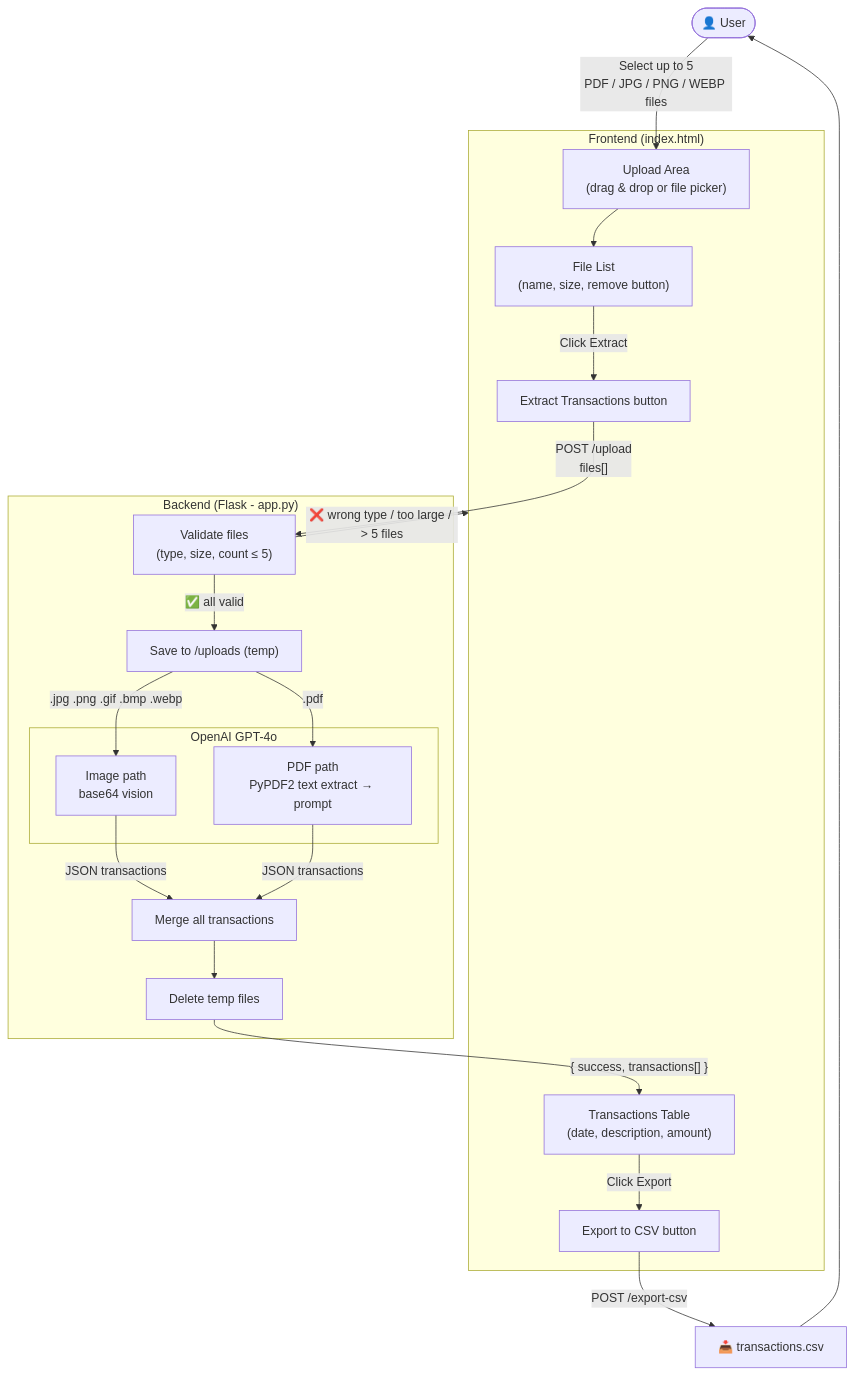
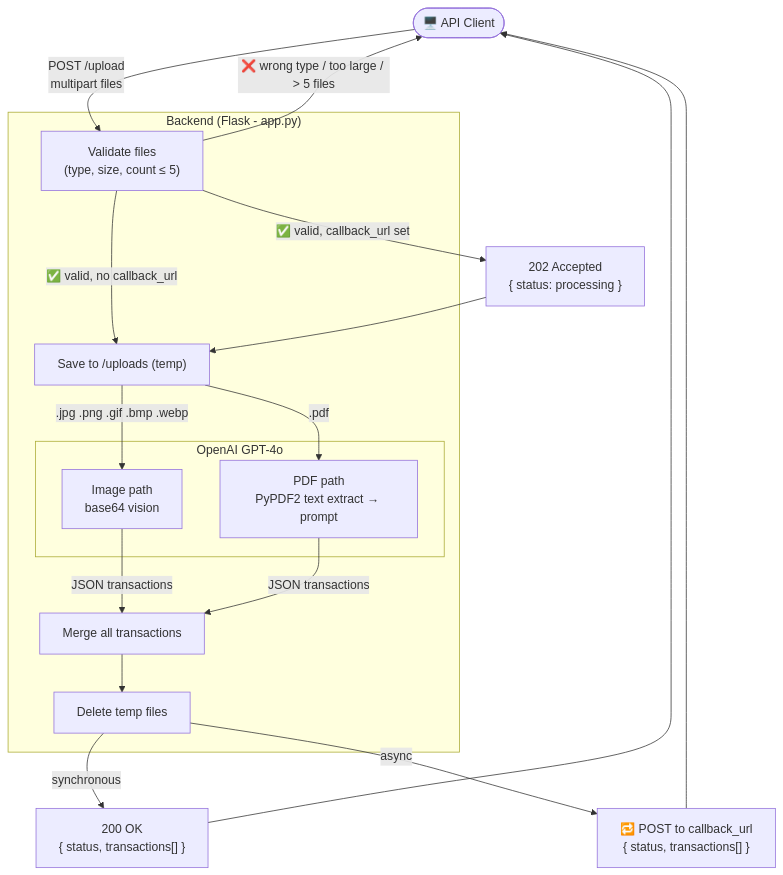
One commit to brownchai/spensy changed the diagram in README.md. Above: the diagram before and after it, drawn with Mermaid. The commit also changed other lines of this file and 4 other files, not shown here.

First line of the commit message:
Replace frontend with pure REST API and add async callback support

````diff
--- a/README.md
+++ b/README.md
@@ -9,48 +9,41 @@
 ```mermaid
 flowchart TD
-    User(["👤 User"])
-
-    subgraph Frontend ["Frontend (index.html)"]
-        Upload["Upload Area\n(drag & drop or file picker)"]
-        FileList["File List\n(name, size, remove button)"]
-        ProcessBtn["Extract Transactions button"]
-        ResultsTable["Transactions Table\n(date, description, amount)"]
-        ExportBtn["Export to CSV button"]
-    end
+    Client(["🖥️ API Client"])
 
     subgraph Backend ["Backend (Flask - app.py)"]
         Validate["Validate files\n(type, size, count ≤ 5)"]
         SaveTemp["Save to /uploads (temp)"]
 
         subgraph GPT4o ["OpenAI GPT-4o"]
             ImageRoute["Image path\nbase64 vision"]
             PDFRoute["PDF path\nPyPDF2 text extract → prompt"]
         end
 
         MergeTx["Merge all transactions"]
         Cleanup["Delete temp files"]
     end
 
-    CSV["📥 transactions.csv"]
+    Sync["200 OK\n{ status, transactions[] }"]
+    Ack["202 Accepted\n{ status: processing }"]
+    Webhook["🔁 POST to callback_url\n{ status, transactions[] }"]
 
-    User -->|"Select up to 5\nPDF / JPG / PNG / WEBP files"| Upload
-    Upload --> FileList
-    FileList -->|"Click Extract"| ProcessBtn
-    ProcessBtn -->|"POST /upload\nfiles[]"| Validate
+    Client -->|"POST /upload\nmultipart files"| Validate
 
-    Validate -->|"❌ wrong type / too large / > 5 files"| Frontend
-    Validate -->|"✅ all valid"| SaveTemp
+    Validate -->|"❌ wrong type / too large / > 5 files"| Client
+    Validate -->|"✅ valid, no callback_url"| SaveTemp
+    Validate -->|"✅ valid, callback_url set"| Ack
+    Ack --> SaveTemp
 
     SaveTemp -->|".jpg .png .gif .bmp .webp"| ImageRoute
     SaveTemp -->|".pdf"| PDFRoute
 
     ImageRoute -->|"JSON transactions"| MergeTx
     PDFRoute -->|"JSON transactions"| MergeTx
 
     MergeTx --> Cleanup
-    Cleanup -->|"{ success, transactions[] }"| ResultsTable
+    Cleanup -->|"synchronous"| Sync
+    Cleanup -->|"async"| Webhook
 
-    ResultsTable -->|"Click Export"| ExportBtn
-    ExportBtn -->|"POST /export-csv"| CSV
-    CSV --> User
+    Sync --> Client
+    Webhook --> Client
 ```
````
